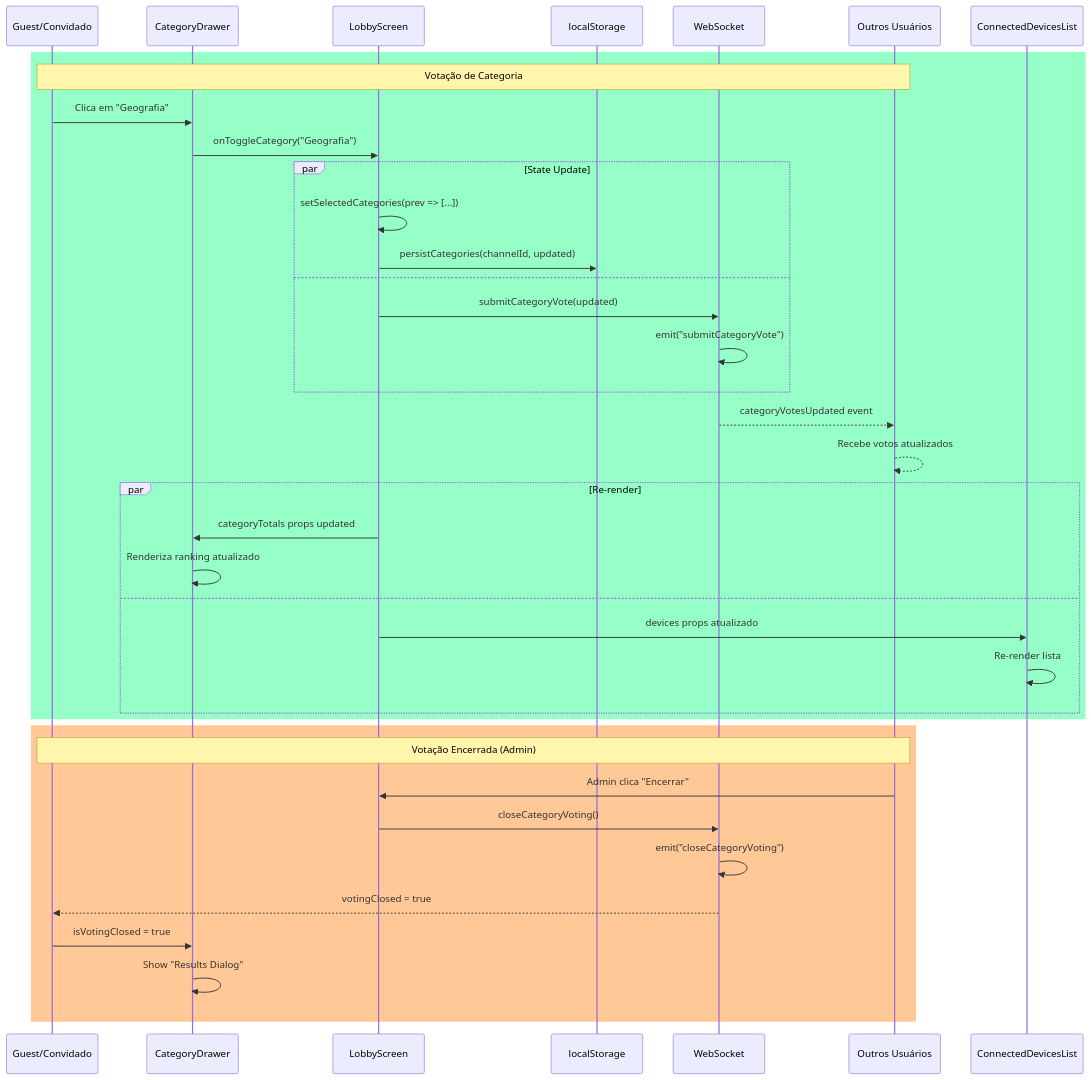
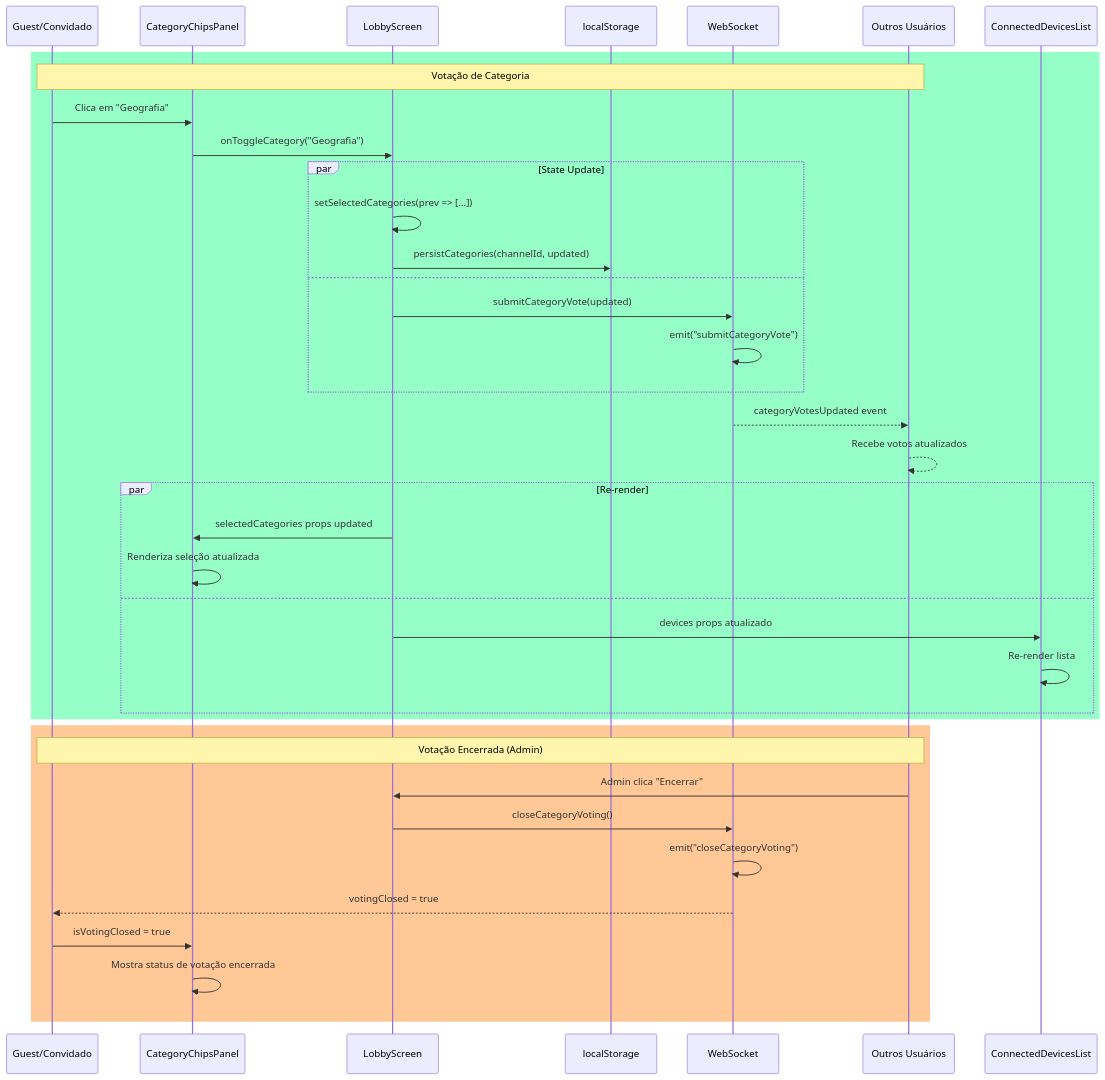
One commit to victordsgamorim/quiz-credo changed the second of 2 diagrams in src/components/lobby/README.md. Above: the diagram before and after it, drawn with Mermaid. The commit also changed other lines of this file and 15 other files, not shown here.

First line of the commit message:
Add inline category chips panel and admin drawer enhancements

````diff
--- a/src/components/lobby/README.md
+++ b/src/components/lobby/README.md
@@ -165,44 +164,44 @@
 ```mermaid
 sequenceDiagram
     participant Guest as Guest/Convidado
-    participant CategoryDrawer as CategoryDrawer
+    participant CategoryChipsPanel as CategoryChipsPanel
     participant LobbyScreen as LobbyScreen
     participant Storage as localStorage
     participant Socket as WebSocket
     participant OtherUsers as Outros Usuários
 
     rect rgb(150, 255, 200)
         Note over Guest,OtherUsers: Votação de Categoria
-        Guest->>CategoryDrawer: Clica em "Geografia"
-        CategoryDrawer->>LobbyScreen: onToggleCategory("Geografia")
+        Guest->>CategoryChipsPanel: Clica em "Geografia"
+        CategoryChipsPanel->>LobbyScreen: onToggleCategory("Geografia")
 
         par State Update
             LobbyScreen->>LobbyScreen: setSelectedCategories(prev => [...])
             LobbyScreen->>Storage: persistCategories(channelId, updated)
         and
             LobbyScreen->>Socket: submitCategoryVote(updated)
             Socket->>Socket: emit("submitCategoryVote")
         end
 
         Socket-->>OtherUsers: categoryVotesUpdated event
         OtherUsers-->>OtherUsers: Recebe votos atualizados
 
         par Re-render
-            LobbyScreen->>CategoryDrawer: categoryTotals props updated
-            CategoryDrawer->>CategoryDrawer: Renderiza ranking atualizado
+            LobbyScreen->>CategoryChipsPanel: selectedCategories props updated
+            CategoryChipsPanel->>CategoryChipsPanel: Renderiza seleção atualizada
         and
             LobbyScreen->>ConnectedDevicesList: devices props atualizado
             ConnectedDevicesList->>ConnectedDevicesList: Re-render lista
         end
     end
 
     rect rgb(255, 200, 150)
         Note over Guest,OtherUsers: Votação Encerrada (Admin)
         OtherUsers->>LobbyScreen: Admin clica "Encerrar"
         LobbyScreen->>Socket: closeCategoryVoting()
         Socket->>Socket: emit("closeCategoryVoting")
         Socket-->>Guest: votingClosed = true
-        Guest->>CategoryDrawer: isVotingClosed = true
-        CategoryDrawer->>CategoryDrawer: Show "Results Dialog"
+        Guest->>CategoryChipsPanel: isVotingClosed = true
+        CategoryChipsPanel->>CategoryChipsPanel: Mostra status de votação encerrada
     end
 ```
````
